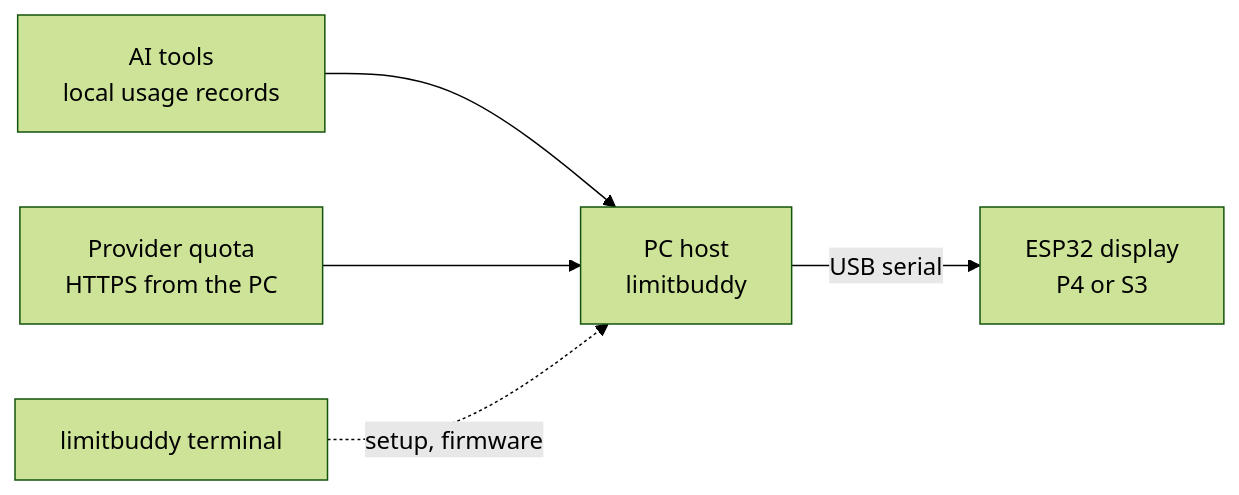
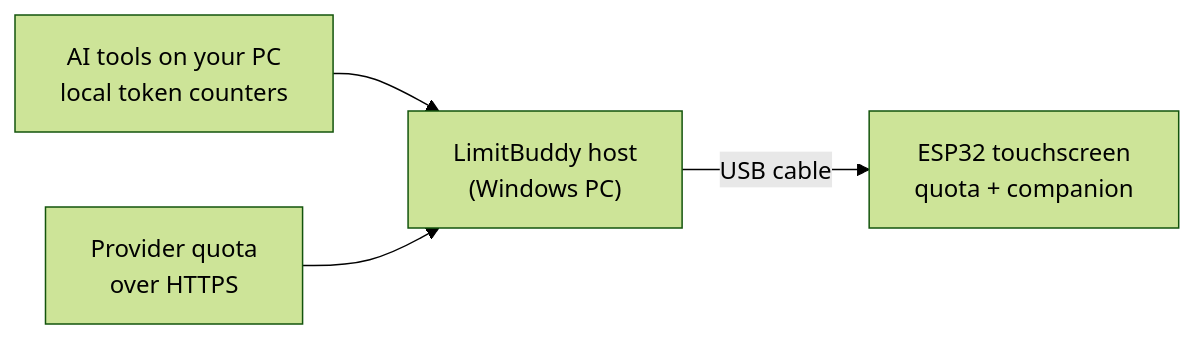
The first of 2 diagrams in README.md (catorendal-a11y/limitbuddy), drawn with Mermaid (forest theme) before and after one commit. The commit also changed other lines of this file, not shown here.

````diff
--- a/README.md
+++ b/README.md
@@ -64,7 +24,6 @@
 ```mermaid
 flowchart LR
-  A["AI tools<br>local usage records"] --> H["PC host<br>limitbuddy"]
-  Q["Provider quota<br>HTTPS from the PC"] --> H
-  H -- "USB serial" --> D["ESP32 display<br>P4 or S3"]
-  T["limitbuddy terminal"] -. "setup, firmware" .-> H
+  A["AI tools on your PC<br>local token counters"] --> H["LimitBuddy host<br>(Windows PC)"]
+  Q["Provider quota<br>over HTTPS"] --> H
+  H -- "USB cable" --> D["ESP32 touchscreen<br>quota + companion"]
 ```
````
